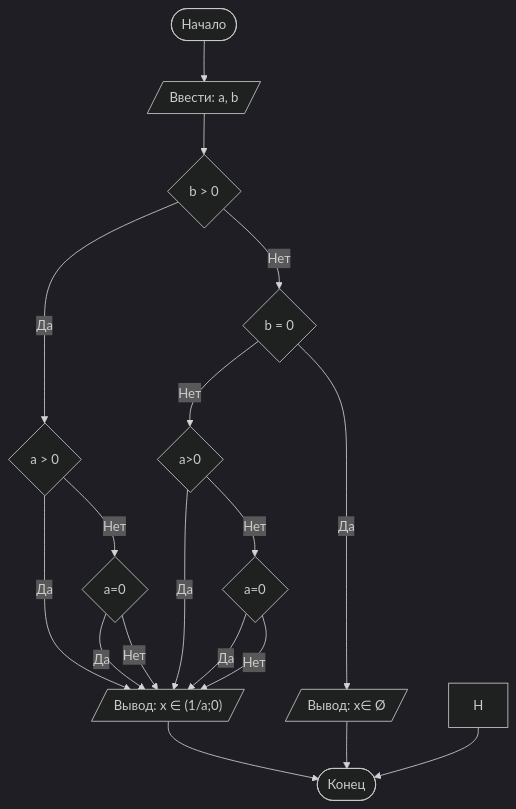
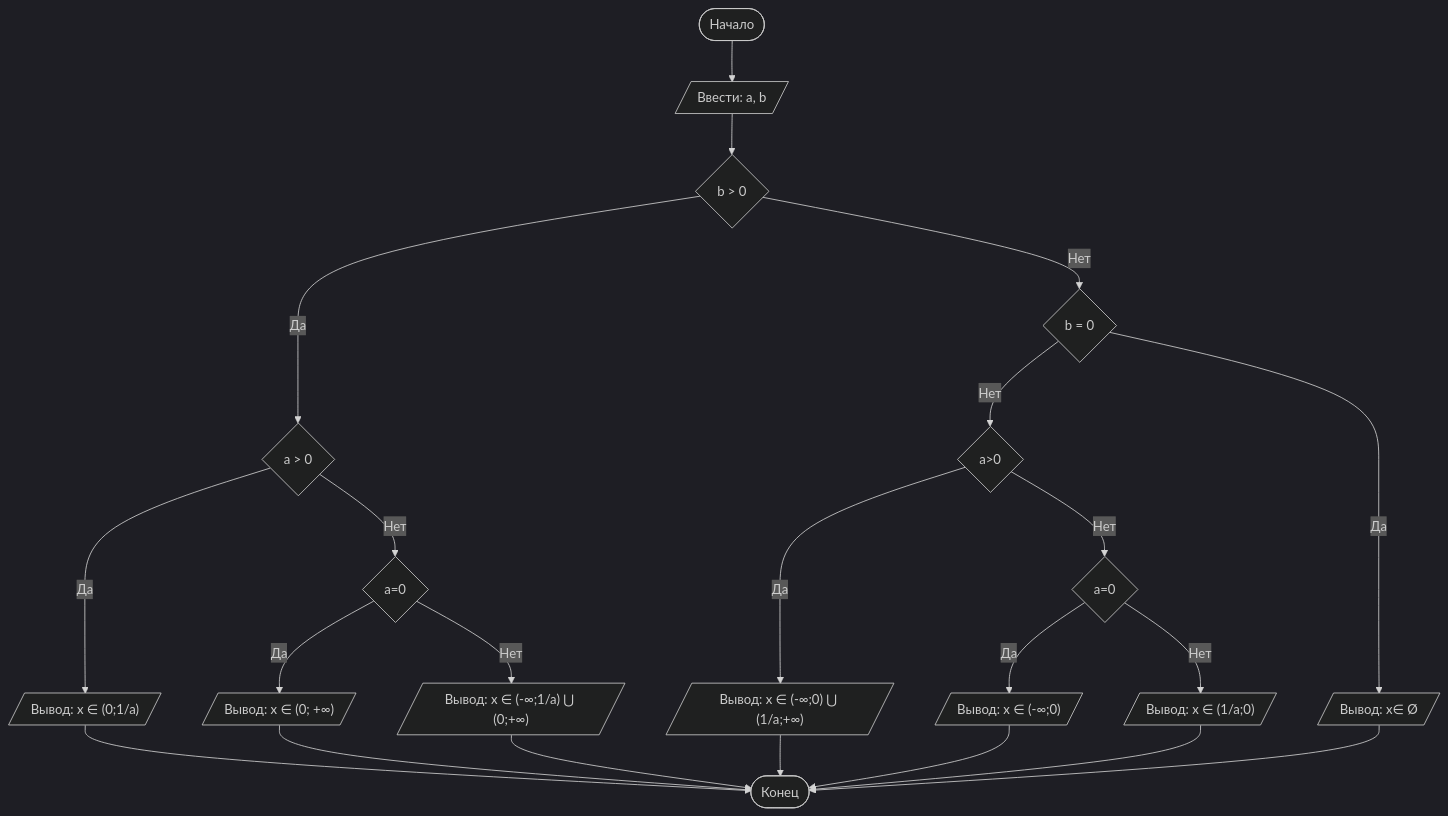
The diagram in README.md (katya-shlyard/Lab1), drawn with Mermaid (dark theme) before and after one commit.

````diff
--- a/README.md
+++ b/README.md
@@ -83,21 +83,25 @@
 ```mermaid
 graph TD
     A([Начало]) --> B[/Ввести: a, b/]
     B --> C{b > 0}
     C -- Да --> D{a > 0}
     D -- Да --> E[/"Вывод: x ∈ (0;1/a)"/]
     D -- Нет --> S{a=0}
-    S -- Да --> E[/"Вывод: x ∈ (0; +∞)"/]
-    S -- Нет --> E[/"Вывод: x ∈ (-∞;1/a) ⋃ (0;+∞)"/]
+    S -- Да --> E5[/"Вывод: x ∈ (0; +∞)"/]
+    S -- Нет --> E1[/"Вывод: x ∈ (-∞;1/a) ⋃ (0;+∞)"/]
     C -- Нет --> I{b = 0}
     I -- Нет --> J{a>0}
     I -- Да --> K[/Вывод: x∈ Ø/]
-    J -- Да --> E[/"Вывод: x ∈ (-∞;0) ⋃ (1/a;+∞)"/]
+    J -- Да --> E2[/"Вывод: x ∈ (-∞;0) ⋃ (1/a;+∞)"/]
     J -- Нет --> M{a=0}
-    M -- Да --> E[/"Вывод: x ∈ (-∞;0)"/]
-    M -- Нет --> E[/"Вывод: x ∈ (1/a;0)"/]
+    M -- Да --> E3[/"Вывод: x ∈ (-∞;0)"/]
+    M -- Нет --> E4[/"Вывод: x ∈ (1/a;0)"/]
     K --> Z
-    H --> Z
+    E1 --> Z
+    E2 --> Z
+    E3 --> Z
+    E4 --> Z
+    E5 --> Z
     E --> Z([Конец])
 
 ```
````
